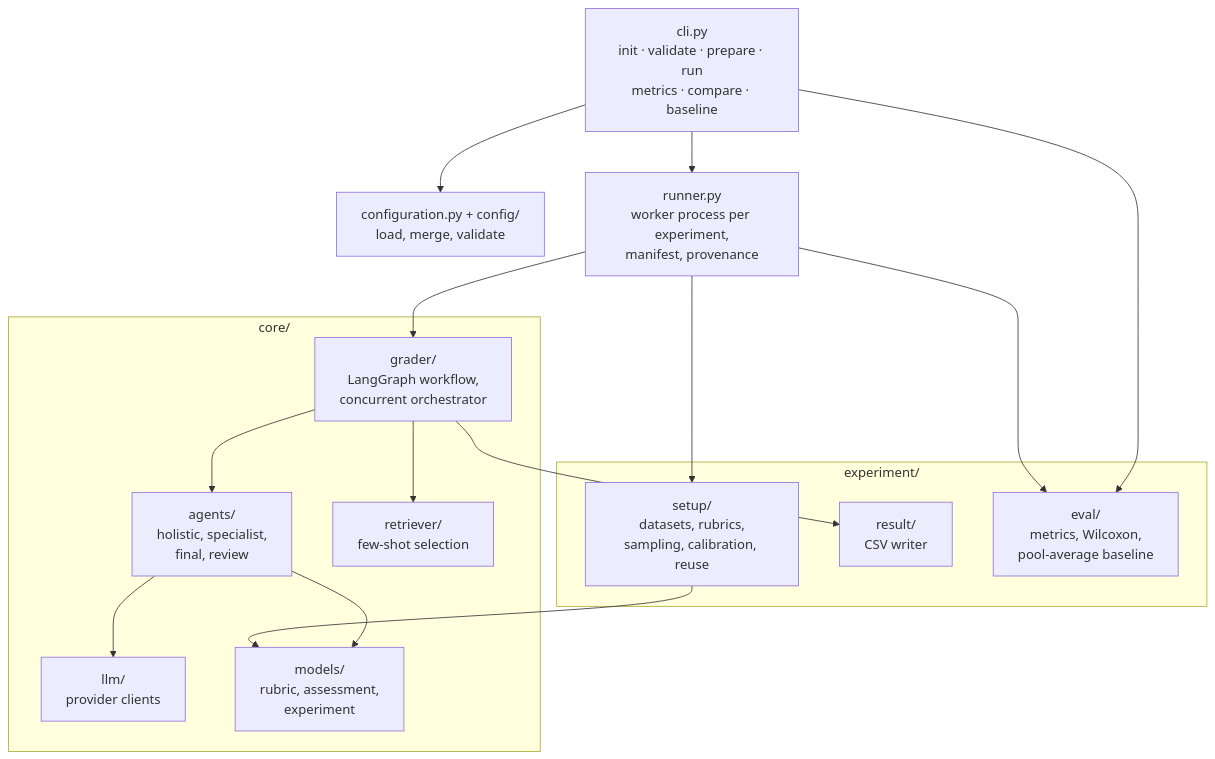
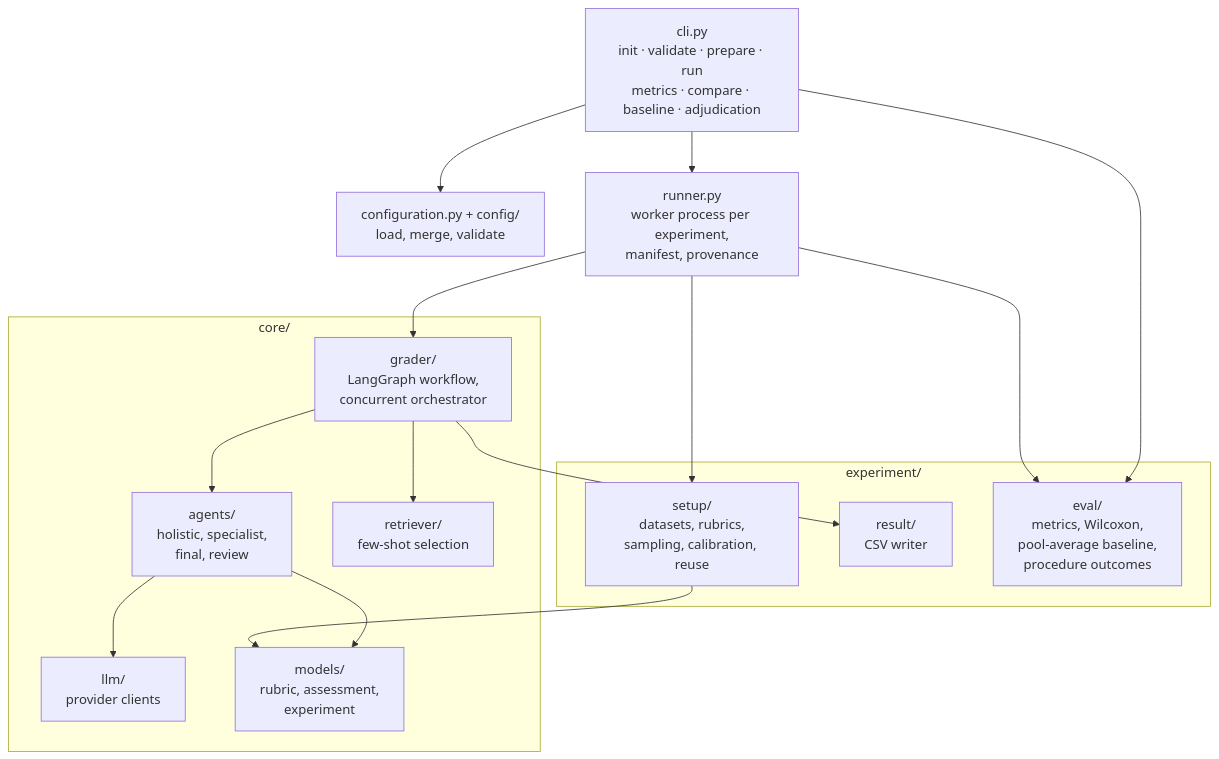
One commit to putnich/abaes-eval-fwk changed the diagram in docs/architecture/README.md. Above: the diagram before and after it, drawn with Mermaid. The commit also changed other lines of this file and 26 other files, not shown here.

````diff
--- a/docs/architecture/README.md
+++ b/docs/architecture/README.md
@@ -17,30 +17,30 @@
 ```mermaid
 flowchart TB
-    cli["cli.py<br/>init · validate · prepare · run<br/>metrics · compare · baseline"]
+    cli["cli.py<br/>init · validate · prepare · run<br/>metrics · compare · baseline · adjudication"]
     conf["configuration.py + config/<br/>load, merge, validate"]
     runner["runner.py<br/>worker process per experiment,<br/>manifest, provenance"]
     subgraph experiment["experiment/"]
         setup["setup/<br/>datasets, rubrics,<br/>sampling, calibration, reuse"]
         result["result/<br/>CSV writer"]
-        eval["eval/<br/>metrics, Wilcoxon,<br/>pool-average baseline"]
+        eval["eval/<br/>metrics, Wilcoxon,<br/>pool-average baseline,<br/>procedure outcomes"]
     end
     subgraph core["core/"]
         grader["grader/<br/>LangGraph workflow,<br/>concurrent orchestrator"]
         agents["agents/<br/>holistic, specialist,<br/>final, review"]
         retriever["retriever/<br/>few-shot selection"]
         llm["llm/<br/>provider clients"]
         models["models/<br/>rubric, assessment,<br/>experiment"]
     end
     cli --> conf
     cli --> runner
     runner --> setup
     runner --> grader
     grader --> agents
     grader --> retriever
     agents --> llm
     grader --> result
     runner --> eval
     cli --> eval
     setup --> models
     agents --> models
 ```
````
